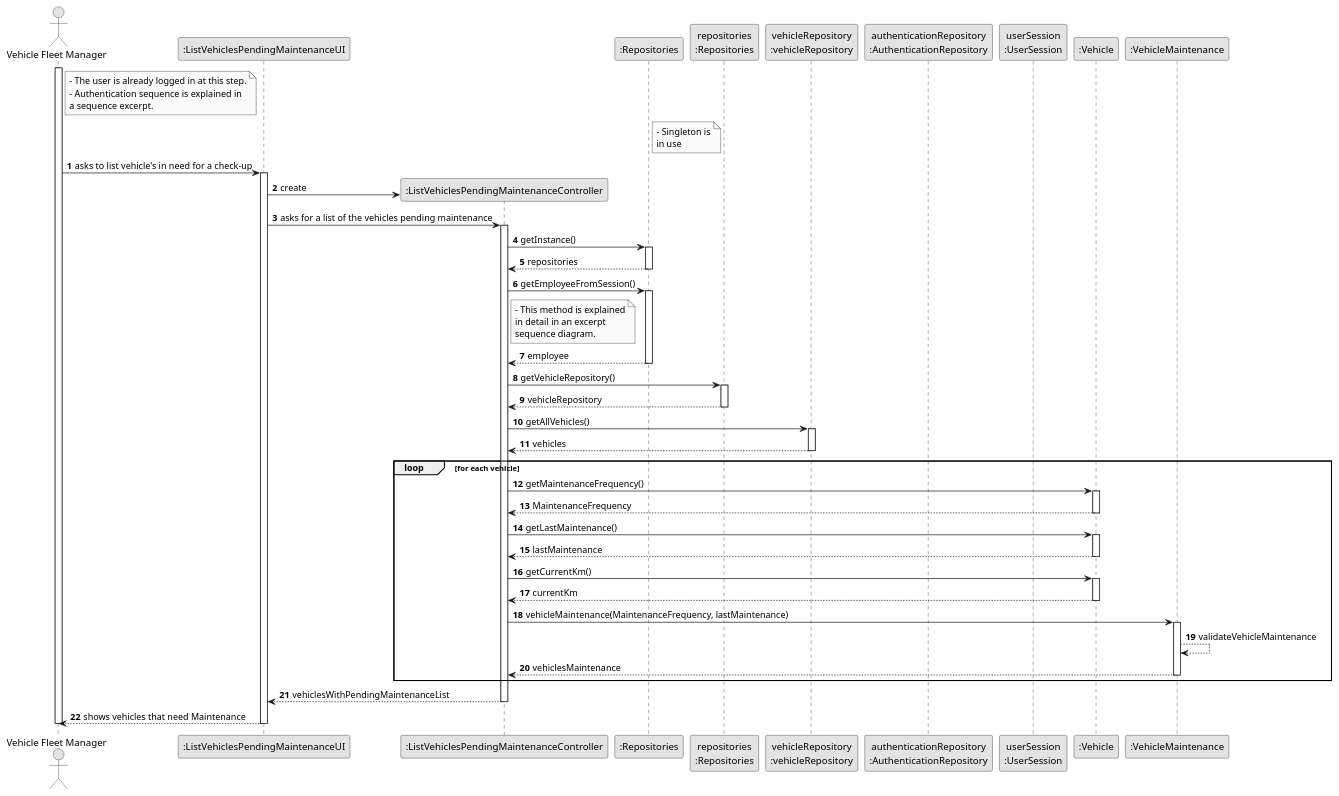
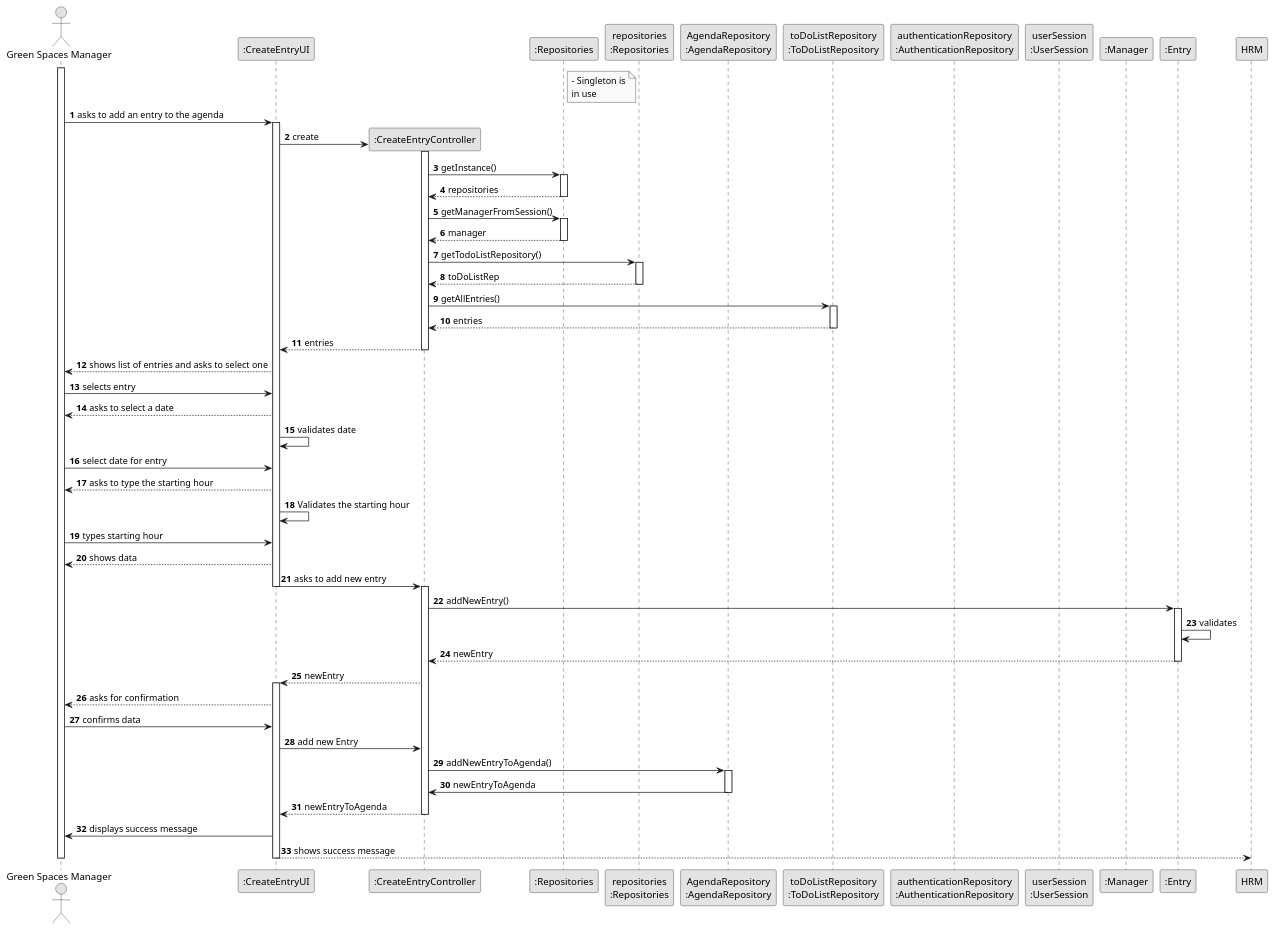
Before and after one commit to Paulo-Pereira-at-ISEP/lei-24-s2-1nanb-g321: the diagram in docs/sprintC/us22/03.design/puml/us08-sequence-diagram-full.puml, drawn with PlantUML. The commit also changed 3 other files, not shown here.

```diff
--- a/docs/sprintC/us22/03.design/puml/us08-sequence-diagram-full.puml
+++ b/docs/sprintC/us22/03.design/puml/us08-sequence-diagram-full.puml
@@ -1,112 +1,122 @@
 @startuml
 skinparam monochrome true
 skinparam packageStyle rectangle
 skinparam shadowing false
 
 autonumber
 
 'hide footbox
-actor "Vehicle Fleet Manager" as VFM
-participant ":ListVehiclesPendingMaintenanceUI" as UI
-participant ":ListVehiclesPendingMaintenanceController" as controller
+
+actor "Green Spaces Manager" as GSM
+participant ":CreateEntryUI" as UI
+participant ":CreateEntryController" as controller
 participant ":Repositories" as singleton
 participant "repositories\n:Repositories" as rep
-participant "vehicleRepository\n:vehicleRepository" as vehicleRepository
+participant "AgendaRepository\n:AgendaRepository" as agendaRep
+participant "toDoListRepository\n:ToDoListRepository" as toDoListRep
 participant "authenticationRepository\n:AuthenticationRepository" as AUTH_REPO
 participant "userSession\n:UserSession" as USR_SESSION
-participant ":Vehicle" as vehicle
-participant ":VehicleMaintenance" as VehicleMaintenance
+participant ":Manager" as manager
+participant ":Entry" as Entry
 
-note right of VFM
-    - The user is already logged in at this step.
-    - Authentication sequence is explained in
-    a sequence excerpt.
-end note
+
 
 note right of singleton
     - Singleton is
     in use
 end note
 
-activate VFM
+        activate GSM
 
-        VFM -> UI :asks to list vehicle's in need for a check-up
+        GSM -> UI : asks to add an entry to the agenda
+        activate UI
+            'create controller
+        UI -> controller** : create
+        activate controller
 
-        activate UI
+        controller-> singleton : getInstance()
+        activate singleton
 
-            UI -> controller** : create
+        singleton --> controller : repositories
+        deactivate singleton
 
-            UI -> controller : asks for a list of the vehicles pending maintenance
-            activate controller
+        controller -> singleton : getManagerFromSession()
 
-                controller -> singleton : getInstance()
-                activate singleton
 
-                    singleton --> controller: repositories
-                deactivate singleton
+        activate singleton
 
-                controller -> singleton : getEmployeeFromSession()
+        singleton --> controller : manager
 
-                note right of controller
-                    - This method is explained
-                    in detail in an excerpt
-                    sequence diagram.
-                end note
+        deactivate singleton
 
-                activate singleton
 
-                singleton --> controller : employee
 
-                deactivate singleton
 
-                controller -> rep : getVehicleRepository()
-                activate rep
+        controller -> rep : getTodoListRepository()
+        activate rep
 
-                    rep --> controller: vehicleRepository
-                deactivate rep
+        rep --> controller : toDoListRep
+        deactivate rep
 
-                controller -> vehicleRepository : getAllVehicles()
-                activate vehicleRepository
+        controller -> toDoListRep : getAllEntries()
+        activate toDoListRep
 
-                    vehicleRepository --> controller : vehicles
-                deactivate vehicleRepository
+        toDoListRep --> controller : entries
+        deactivate toDoListRep
 
-                loop for each vehicle
 
-                controller -> vehicle: getMaintenanceFrequency()
-                activate vehicle
+        controller --> UI : entries
+        deactivate controller
 
-                vehicle --> controller: MaintenanceFrequency
-                deactivate vehicle
+        UI --> GSM : shows list of entries and asks to select one
 
-                controller -> vehicle: getLastMaintenance()
-                activate vehicle
 
-                vehicle --> controller: lastMaintenance
-                deactivate vehicle
+        GSM -> UI : selects entry
 
-                controller -> vehicle: getCurrentKm()
-                activate vehicle
+        UI --> GSM: asks to select a date
+        UI -> UI : validates date
+        GSM -> UI : select date for entry
 
-                vehicle --> controller: currentKm
-                deactivate vehicle
+        UI --> GSM : asks to type the starting hour
+        UI -> UI : Validates the starting hour
+        GSM -> UI : types starting hour
 
-                controller -> VehicleMaintenance: vehicleMaintenance(MaintenanceFrequency, lastMaintenance)
-                activate VehicleMaintenance
 
-                VehicleMaintenance --> VehicleMaintenance: validateVehicleMaintenance
 
-                VehicleMaintenance --> controller: vehiclesMaintenance
-                deactivate VehicleMaintenance
 
-                end
+        UI --> GSM : shows data
 
-                controller --> UI : vehiclesWithPendingMaintenanceList
-            deactivate controller
+                UI -> controller : asks to add new entry
+                deactivate UI
+                activate controller
 
-            UI --> VFM : shows vehicles that need Maintenance
+                controller -> Entry : addNewEntry()
+                activate Entry
+                Entry -> Entry : validates
+                Entry --> controller : newEntry
+                deactivate Entry
+
+                controller --> UI : newEntry
+                activate UI
+
+                UI --> GSM : asks for confirmation
+                GSM -> UI : confirms data
+
+                UI -> controller : add new Entry
+                controller -> agendaRep : addNewEntryToAgenda()
+                activate agendaRep
+
+                agendaRep -> controller: newEntryToAgenda
+                deactivate agendaRep
+                controller --> UI : newEntryToAgenda
+                deactivate controller
+                UI -> GSM : displays success message
+
+                UI --> HRM : shows success message
+
+
         deactivate UI
 
-deactivate VFM
+        deactivate GSM
 
 @enduml
```
